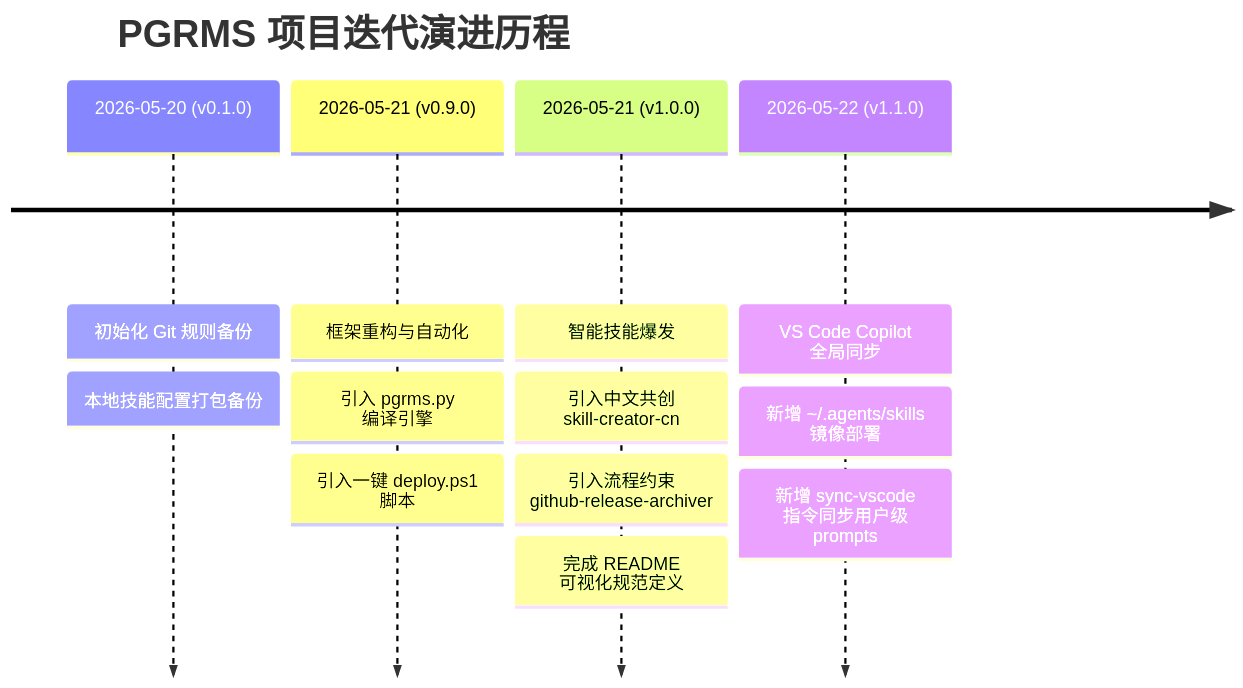
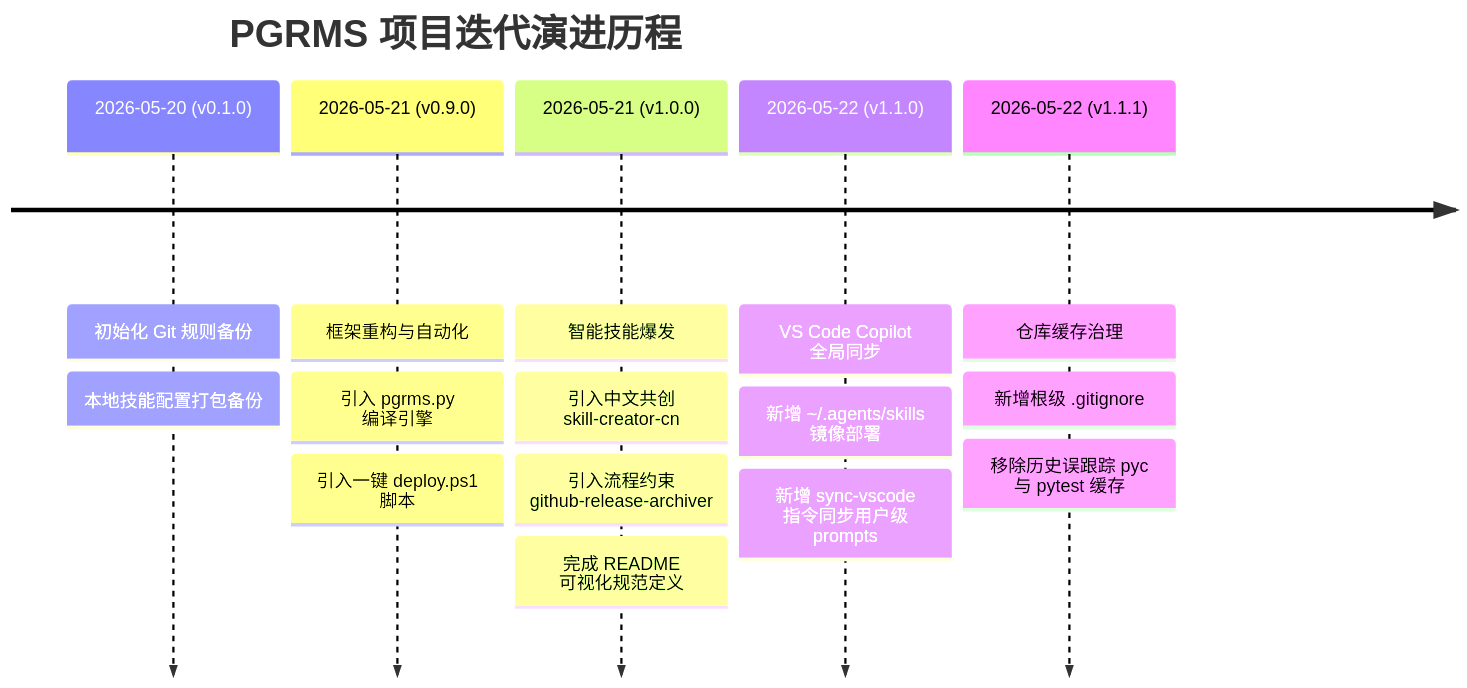
One commit to cr20085361/antigravity_Rule_config changed the third of 3 diagrams in README.md. Above: the diagram before and after it, drawn with Mermaid. The commit also changed other lines of this file, not shown here.

First line of the commit message:
发布：v1.1.1，归档 pyc 缓存治理与仓库忽略规则修复

````diff
--- a/README.md
+++ b/README.md
@@ -59,8 +59,9 @@
 ```mermaid
 timeline
     title PGRMS 项目迭代演进历程
     2026-05-20 (v0.1.0) : 初始化 Git 规则备份 : 本地技能配置打包备份
     2026-05-21 (v0.9.0) : 框架重构与自动化 : 引入 pgrms.py 编译引擎 : 引入一键 deploy.ps1 脚本
     2026-05-21 (v1.0.0) : 智能技能爆发 : 引入中文共创 skill-creator-cn : 引入流程约束 github-release-archiver : 完成 README 可视化规范定义
     2026-05-22 (v1.1.0) : VS Code Copilot 全局同步 : 新增 ~/.agents/skills 镜像部署 : 新增 sync-vscode 指令同步用户级 prompts
+    2026-05-22 (v1.1.1) : 仓库缓存治理 : 新增根级 .gitignore : 移除历史误跟踪 pyc 与 pytest 缓存
 ```
````
